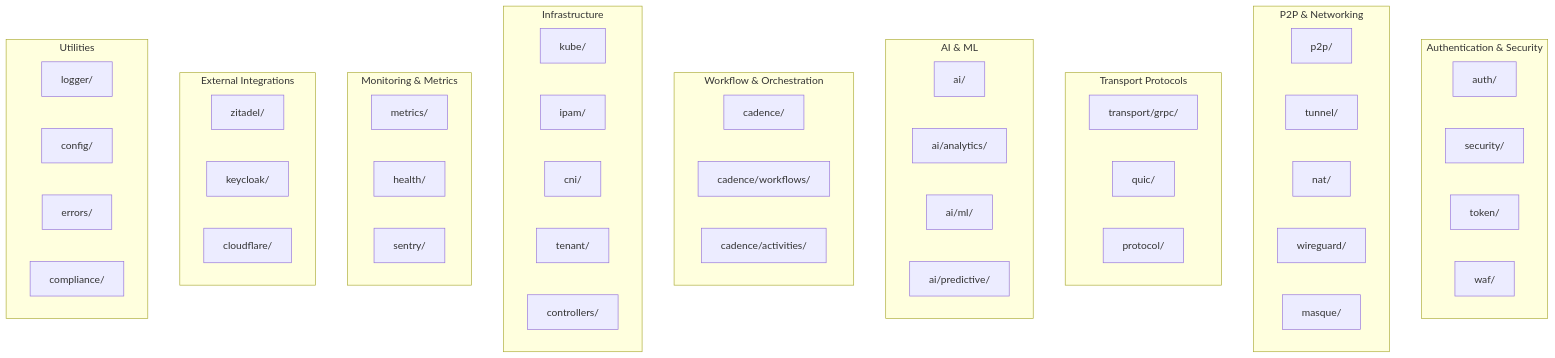
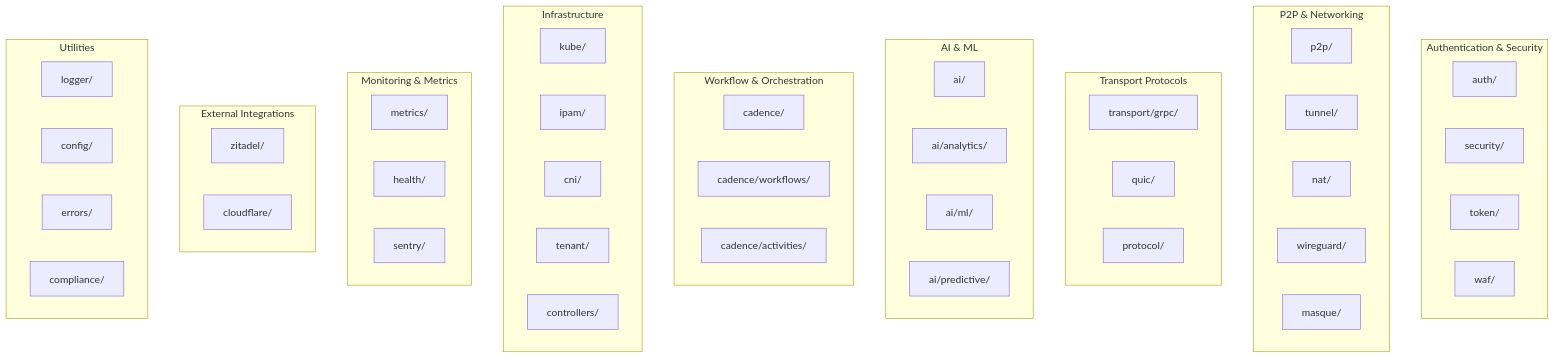
One commit to twogc/cloudbridge-relay-installer changed the sixth of 26 diagrams in docs/architecture/ARCHITECTURE_ANALYSIS.md. Above: the diagram before and after it, drawn with Mermaid. The commit also changed other lines of this file and 46 other files, not shown here.

````diff
--- a/docs/architecture/ARCHITECTURE_ANALYSIS.md
+++ b/docs/architecture/ARCHITECTURE_ANALYSIS.md
@@ -612,63 +611,62 @@
 ```mermaid
 graph TB
     subgraph "Authentication & Security"
         AUTH[auth/]
         SEC[security/]
         TOKEN[token/]
         WAF[waf/]
     end
     
     subgraph "P2P & Networking"
         P2P[p2p/]
         TUNNEL[tunnel/]
         NAT[nat/]
         WG[wireguard/]
         MASQUE[masque/]
     end
     
     subgraph "Transport Protocols"
         GRPC[transport/grpc/]
         QUIC[quic/]
         PROTO[protocol/]
     end
     
     subgraph "AI & ML"
         AI[ai/]
         AI_ANALYTICS[ai/analytics/]
         AI_ML[ai/ml/]
         AI_PREDICTIVE[ai/predictive/]
     end
     
     subgraph "Workflow & Orchestration"
         CADENCE[cadence/]
         WORKFLOWS[cadence/workflows/]
         ACTIVITIES[cadence/activities/]
     end
     
     subgraph "Infrastructure"
         KUBE[kube/]
         IPAM[ipam/]
         CNI[cni/]
         TENANT[tenant/]
         CONTROLLERS[controllers/]
     end
     
     subgraph "Monitoring & Metrics"
         METRICS[metrics/]
         HEALTH[health/]
         SENTRY[sentry/]
     end
     
     subgraph "External Integrations"
         ZITADEL[zitadel/]
-        KEYCLOAK[keycloak/]
         CLOUDFLARE[cloudflare/]
     end
     
     subgraph "Utilities"
         LOGGER[logger/]
         CONFIG[config/]
         ERRORS[errors/]
         COMPLIANCE[compliance/]
     end
 ```
````
